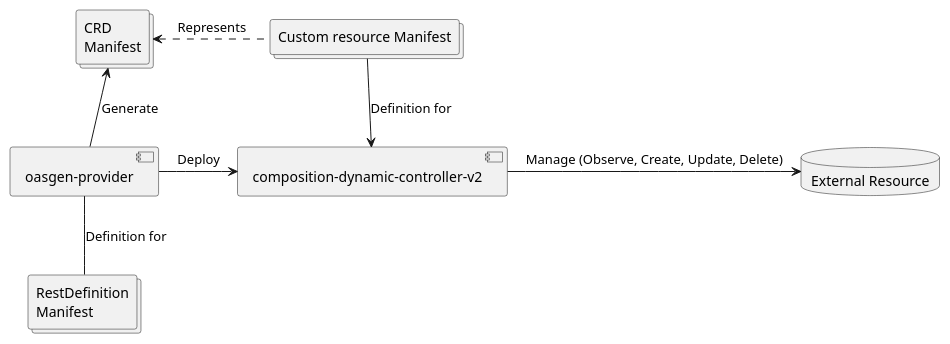
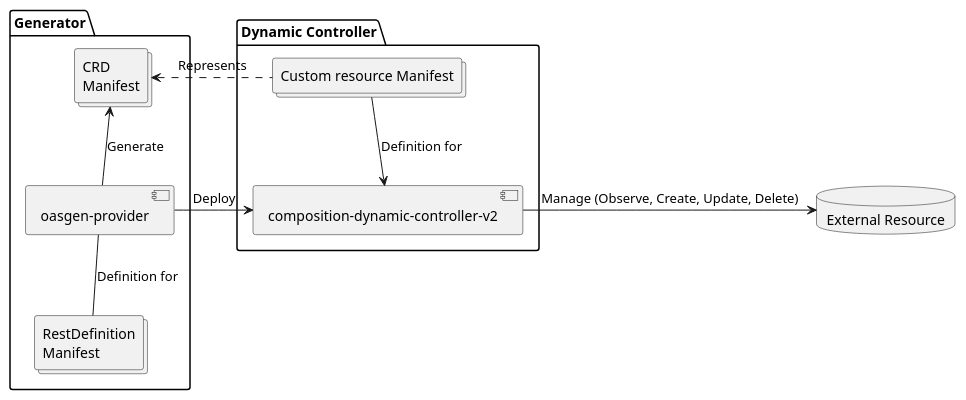
One commit to krateoplatformops/oasgen-provider changed the diagram in _diagram/generator.puml. Above: the diagram before and after it, drawn with PlantUML. The commit also changed 1 other file, not shown here.

Commit message:
docs: update diagram

```diff
--- a/_diagram/generator.puml
+++ b/_diagram/generator.puml
@@ -1,20 +1,25 @@
 @startuml oasgen-provider
-' eventsse -[hidden]- eventrouter
 
-component "oasgen-provider" as provider
-collections "RestDefinition\nManifest" as restdefinition
-collections "CRD\nManifest" as crd
-component "composition-dynamic-controller-v2" as cdc
-collections "Custom resource Manifest" as cr
+package "Generator"{
+   component "oasgen-provider" as provider
+   collections "RestDefinition\nManifest" as restdefinition
+   collections "CRD\nManifest" as crd
+}
+
+package "Dynamic Controller" {
+   component "composition-dynamic-controller-v2" as cdc
+   collections "Custom resource Manifest" as cr
+}
+
 database "External Resource" as er
 
 
 provider -d- restdefinition : Definition for
 provider -u-> crd : Generate
 provider -r-> cdc : Deploy
 
 cdc <-u- cr : Definition for
 cdc -r-> er : Manage (Observe, Create, Update, Delete)
 
 crd <.r. cr : Represents
 @enduml 
```
